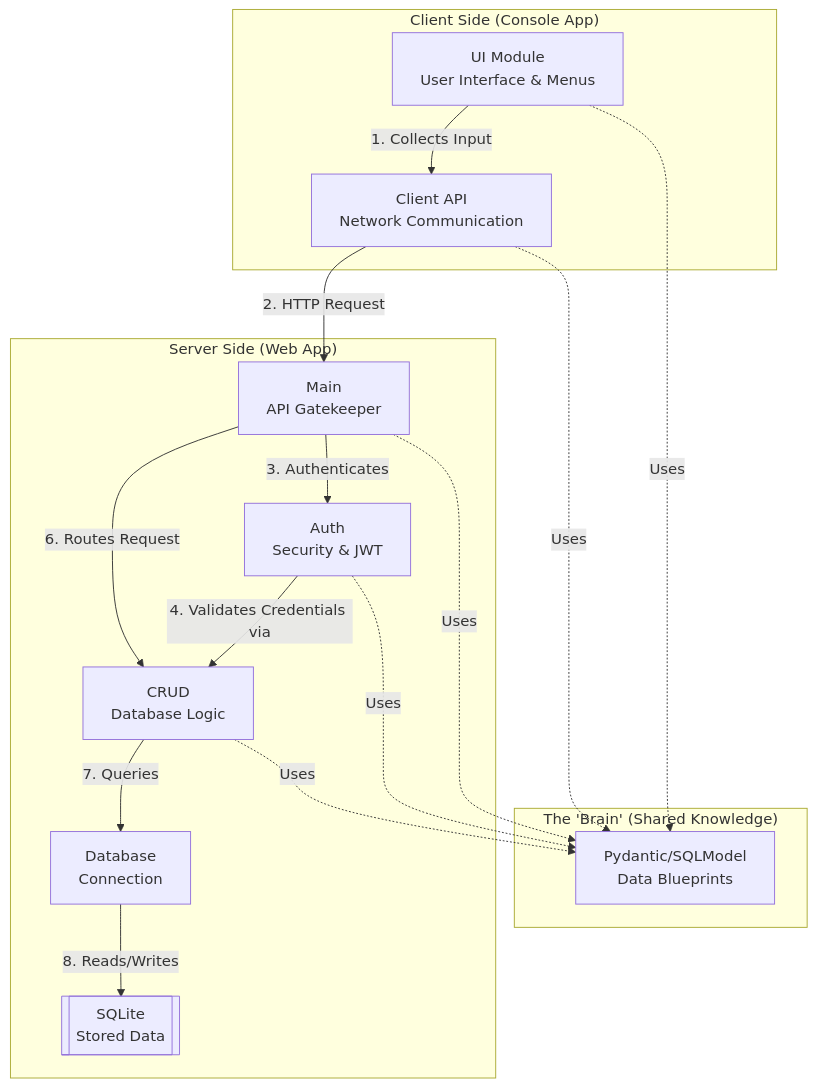
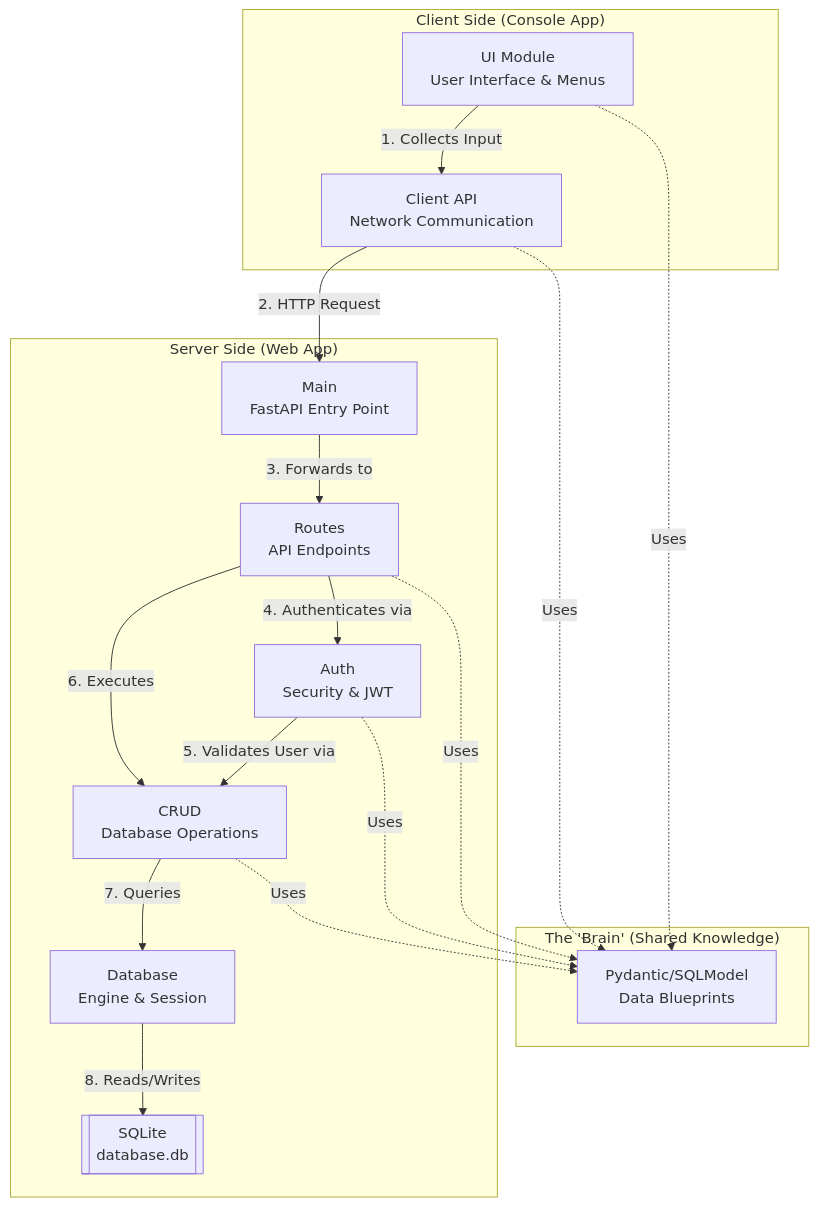
One commit to GitGitRice/social-media-app changed the first of 3 diagrams in docs/architecture.md. Above: the diagram before and after it, drawn with Mermaid. The commit also changed other lines of this file, not shown here.

````diff
--- a/docs/architecture.md
+++ b/docs/architecture.md
@@ -14,35 +14,37 @@
 ```mermaid
 graph TD
     subgraph "Client Side (Console App)"
         UI["UI Module<br/>User Interface &amp; Menus"]
         CAPI["Client API<br/>Network Communication"]
     end
 
     subgraph "The 'Brain' (Shared Knowledge)"
         Models["Pydantic/SQLModel<br/>Data Blueprints"]
     end
 
     subgraph "Server Side (Web App)"
-        Main["Main<br/>API Gatekeeper"]
+        Main["Main<br/>FastAPI Entry Point"]
+        Routes["Routes<br/>API Endpoints"]
         Auth["Auth<br/>Security &amp; JWT"]
-        CRUD["CRUD<br/>Database Logic"]
-        DB["Database<br/>Connection"]
-        SQLite[["SQLite<br/>Stored Data"]]
+        CRUD["CRUD<br/>Database Operations"]
+        DB["Database<br/>Engine &amp; Session"]
+        SQLite[["SQLite<br/>database.db"]]
     end
 
     %% Interactions
     UI -->|1. Collects Input| CAPI
     CAPI -->|2. HTTP Request| Main
-    Main -->|3. Authenticates| Auth
-    Auth -->|4. Validates Credentials via| CRUD
-    Main -->|6. Routes Request| CRUD
+    Main -->|3. Forwards to| Routes
+    Routes -->|4. Authenticates via| Auth
+    Auth -->|5. Validates User via| CRUD
+    Routes -->|6. Executes| CRUD
     CRUD -->|7. Queries| DB
     DB -->|8. Reads/Writes| SQLite
     
     %% Shared Models
     UI -.->|Uses| Models
     CAPI -.->|Uses| Models
-    Main -.->|Uses| Models
+    Routes -.->|Uses| Models
     Auth -.->|Uses| Models
     CRUD -.->|Uses| Models
 ```
````
